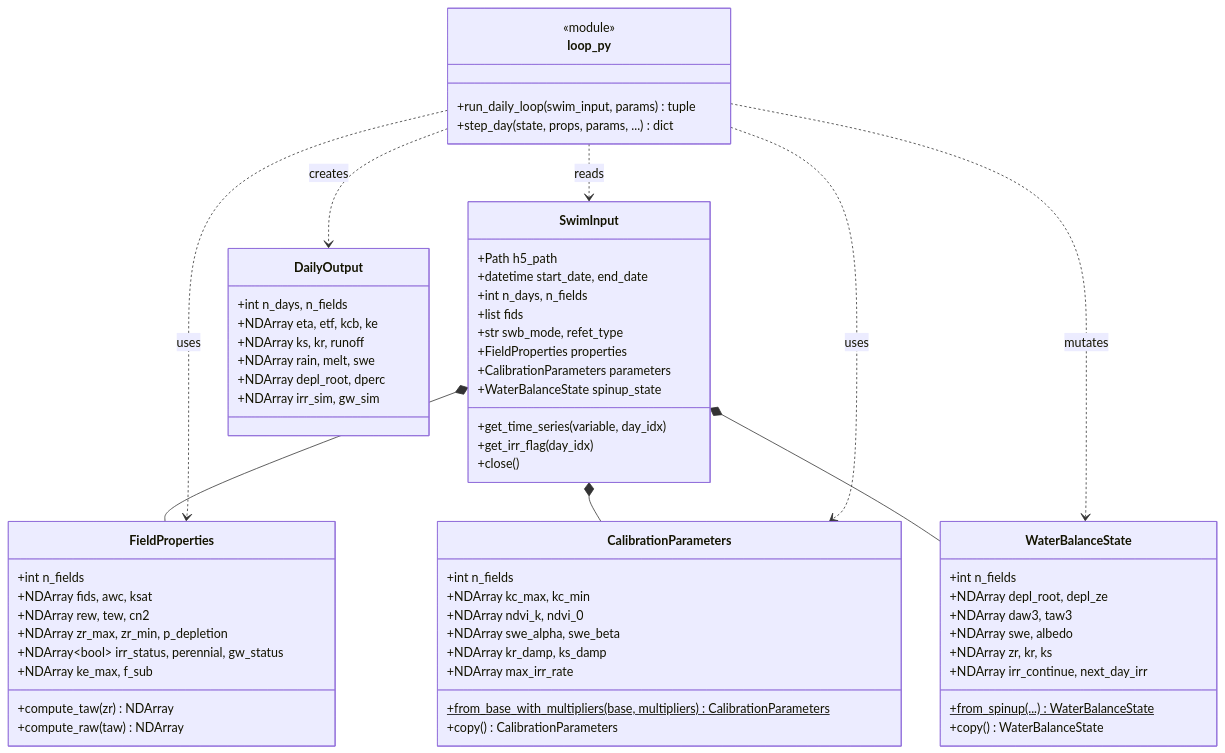
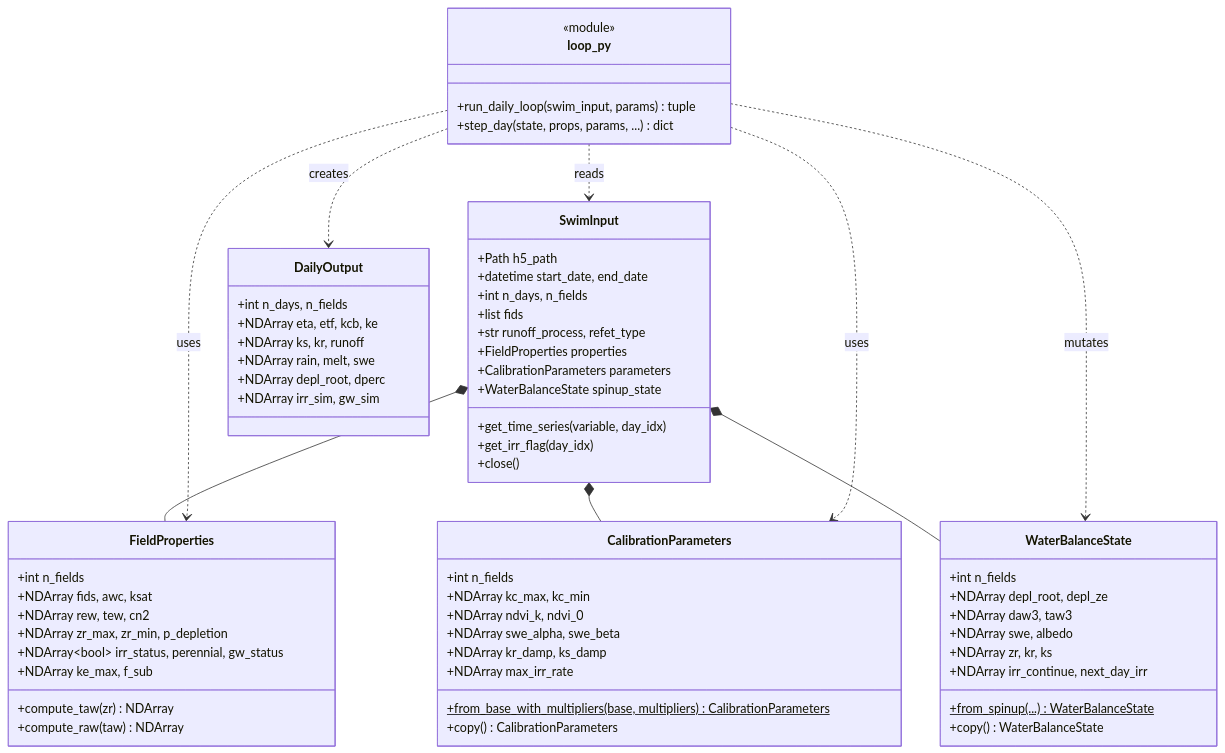
The second of 3 diagrams in docs/process_architecture.md (dgketchum/swim-rs), drawn with Mermaid before and after one commit. The commit also changed 14 other files, not shown here.

Commit message:
Refactor runoff process config to 'runoff_process' from 'swb_mode'

````diff
--- a/docs/process_architecture.md
+++ b/docs/process_architecture.md
@@ -127,74 +127,74 @@
 ```mermaid
 classDiagram
     class SwimInput {
         +Path h5_path
         +datetime start_date, end_date
         +int n_days, n_fields
         +list fids
-        +str swb_mode, refet_type
+        +str runoff_process, refet_type
         +FieldProperties properties
         +CalibrationParameters parameters
         +WaterBalanceState spinup_state
         +get_time_series(variable, day_idx)
         +get_irr_flag(day_idx)
         +close()
     }
 
     class FieldProperties {
         +int n_fields
         +NDArray fids, awc, ksat
         +NDArray rew, tew, cn2
         +NDArray zr_max, zr_min, p_depletion
         +NDArray~bool~ irr_status, perennial, gw_status
         +NDArray ke_max, f_sub
         +compute_taw(zr) NDArray
         +compute_raw(taw) NDArray
     }
 
     class CalibrationParameters {
         +int n_fields
         +NDArray kc_max, kc_min
         +NDArray ndvi_k, ndvi_0
         +NDArray swe_alpha, swe_beta
         +NDArray kr_damp, ks_damp
         +NDArray max_irr_rate
         +from_base_with_multipliers(base, multipliers)$ CalibrationParameters
         +copy() CalibrationParameters
     }
 
     class WaterBalanceState {
         +int n_fields
         +NDArray depl_root, depl_ze
         +NDArray daw3, taw3
         +NDArray swe, albedo
         +NDArray zr, kr, ks
         +NDArray irr_continue, next_day_irr
         +from_spinup(...)$ WaterBalanceState
         +copy() WaterBalanceState
     }
 
     class DailyOutput {
         +int n_days, n_fields
         +NDArray eta, etf, kcb, ke
         +NDArray ks, kr, runoff
         +NDArray rain, melt, swe
         +NDArray depl_root, dperc
         +NDArray irr_sim, gw_sim
     }
 
     SwimInput *-- FieldProperties
     SwimInput *-- CalibrationParameters
     SwimInput *-- WaterBalanceState
 
     class loop_py {
         <<module>>
         +run_daily_loop(swim_input, params) tuple
         +step_day(state, props, params, ...) dict
     }
 
     loop_py ..> SwimInput : reads
     loop_py ..> WaterBalanceState : mutates
     loop_py ..> DailyOutput : creates
     loop_py ..> FieldProperties : uses
     loop_py ..> CalibrationParameters : uses
 ```
````
